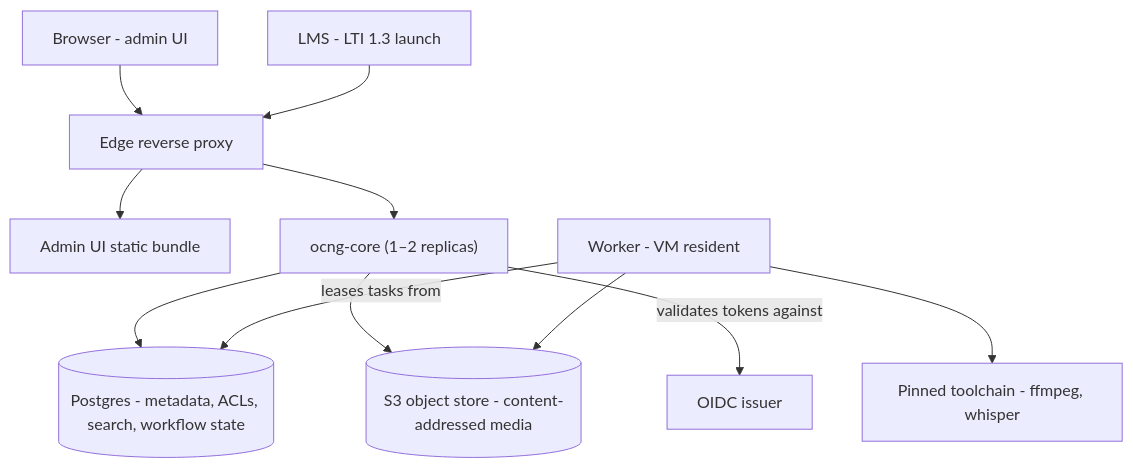
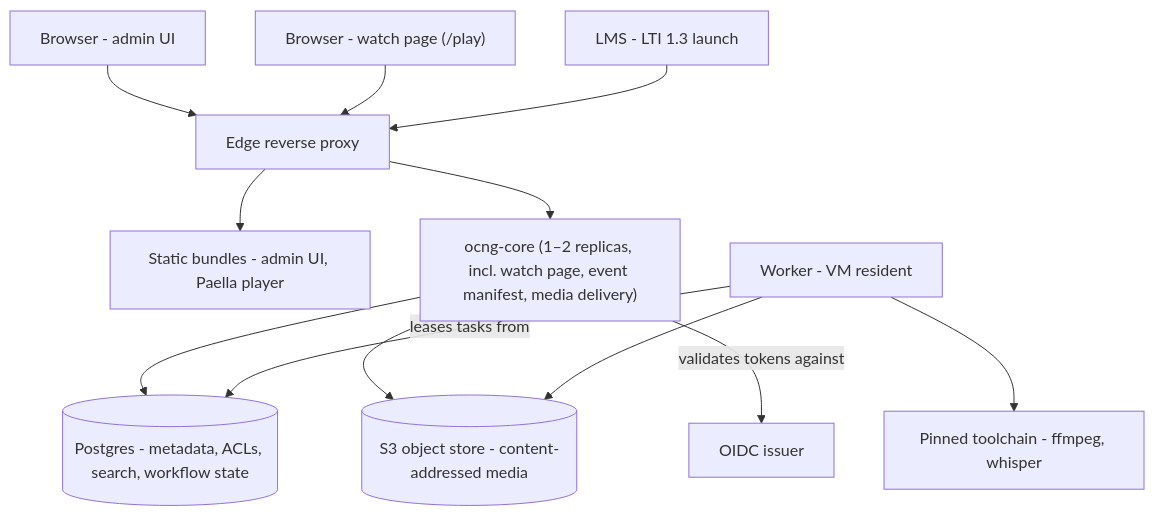
The diagram in README.md (tibroc/gophercast), drawn with Mermaid before and after one commit. The commit also changed other lines of this file, not shown here.

First line of the commit message:
README: GC opt-in-safe, player watch path — maturity labels updated

````diff
--- a/README.md
+++ b/README.md
@@ -44,13 +45,14 @@
 ```mermaid
 flowchart TB
     Browser[Browser - admin UI] --> Edge
+    Viewer["Browser - watch page (/play)"] --> Edge
     LMS[LMS - LTI 1.3 launch] --> Edge
-    Edge[Edge reverse proxy] --> AdminUI[Admin UI static bundle]
-    Edge --> Core["ocng-core (1–2 replicas)"]
+    Edge[Edge reverse proxy] --> AdminUI[Static bundles - admin UI, Paella player]
+    Edge --> Core["ocng-core (1–2 replicas, incl. watch page, event manifest, media delivery)"]
     Core --> PG[("Postgres - metadata, ACLs, search, workflow state")]
     Core --> S3[("S3 object store - content-addressed media")]
     Core -->|validates tokens against| OIDC[OIDC issuer]
     Worker[Worker - VM resident] -->|leases tasks from| PG
     Worker --> S3
     Worker --> Tools[Pinned toolchain - ffmpeg, whisper]
 ```
````
